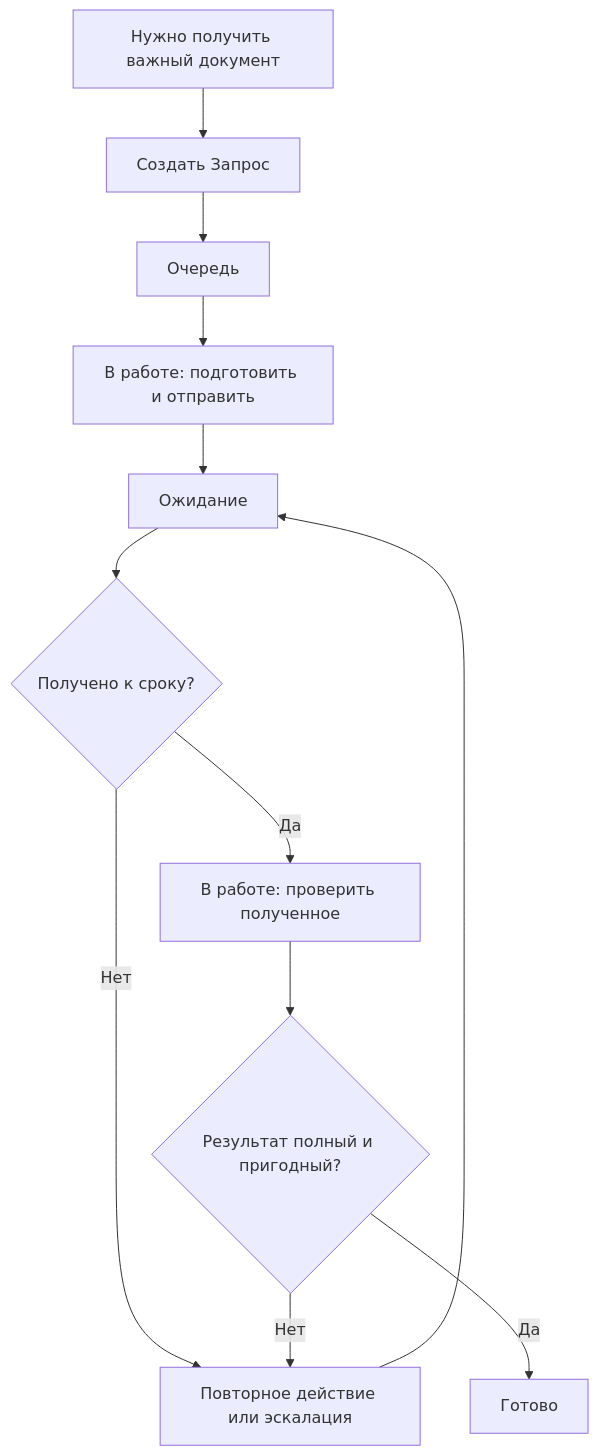
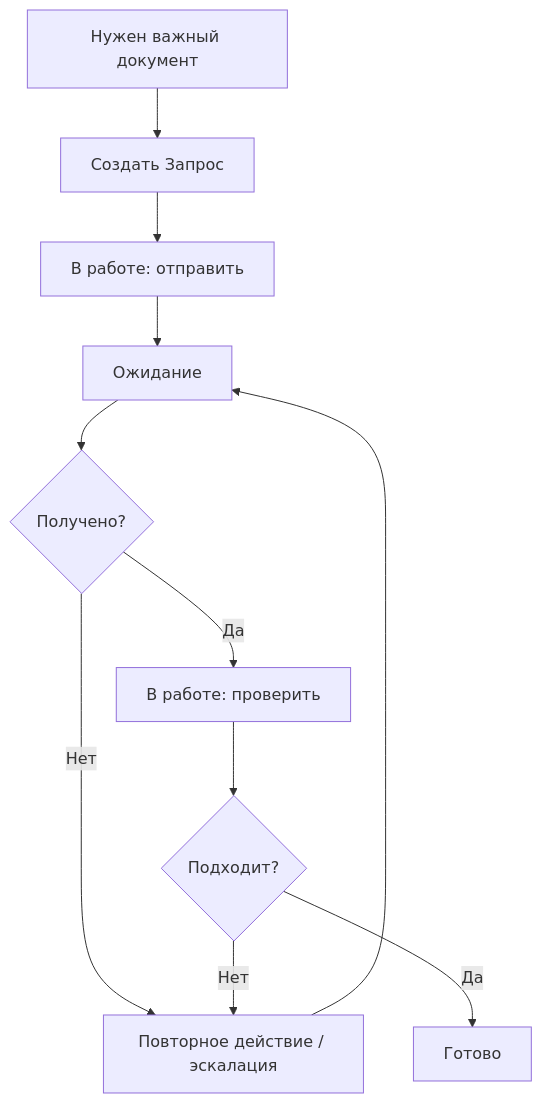
The second of 2 diagrams in docs/02-scripts.md (lazuale/department), drawn with Mermaid before and after one commit. The commit also changed other lines of this file, not shown here.

````diff
--- a/docs/02-scripts.md
+++ b/docs/02-scripts.md
@@ -126,14 +82,13 @@
 ```mermaid
 flowchart TD
-    A[Нужно получить важный документ] --> B[Создать Запрос]
-    B --> C[Очередь]
-    C --> D[В работе: подготовить и отправить]
-    D --> E[Ожидание]
-    E --> F{Получено к сроку?}
-    F -- Нет --> G[Повторное действие или эскалация]
-    G --> E
-    F -- Да --> H[В работе: проверить полученное]
-    H --> I{Результат полный и пригодный?}
-    I -- Нет --> G
-    I -- Да --> J[Готово]
+    A[Нужен важный документ] --> B[Создать Запрос]
+    B --> C[В работе: отправить]
+    C --> D[Ожидание]
+    D --> E{Получено?}
+    E -- Нет --> F[Повторное действие / эскалация]
+    F --> D
+    E -- Да --> G[В работе: проверить]
+    G --> H{Подходит?}
+    H -- Нет --> F
+    H -- Да --> I[Готово]
 ```
````
